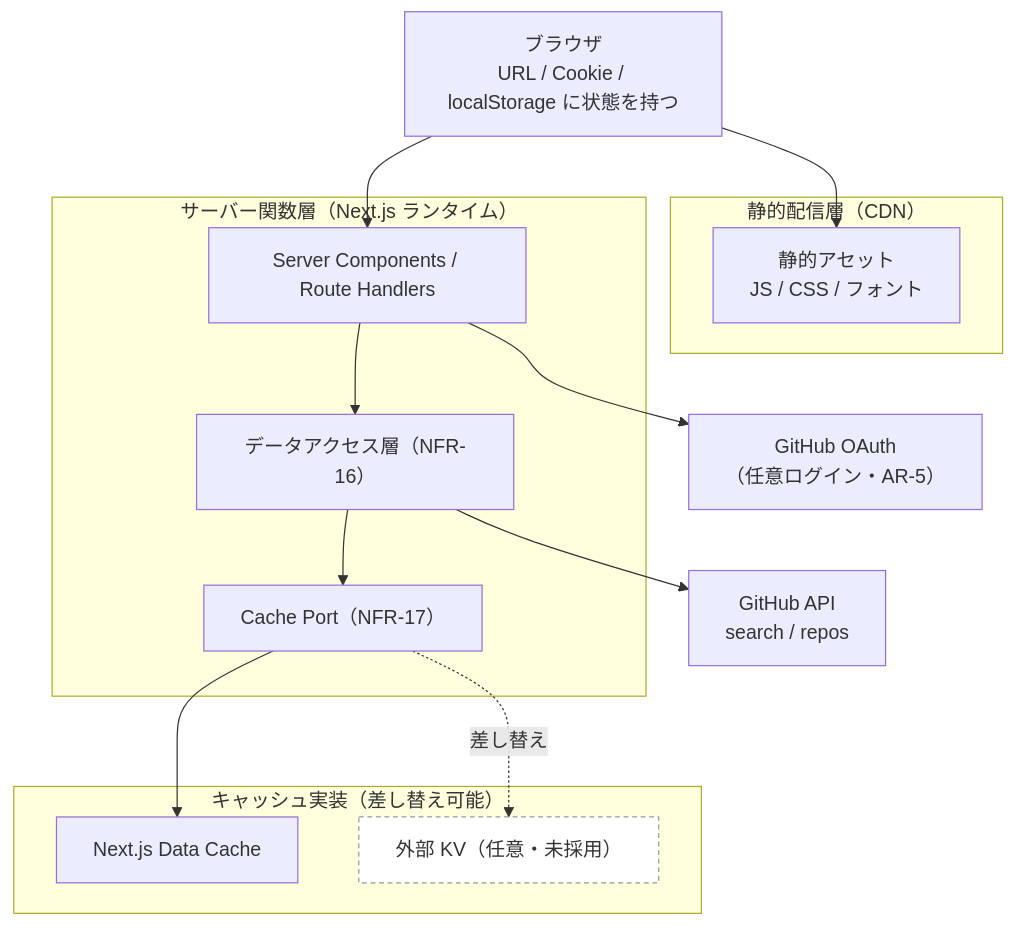
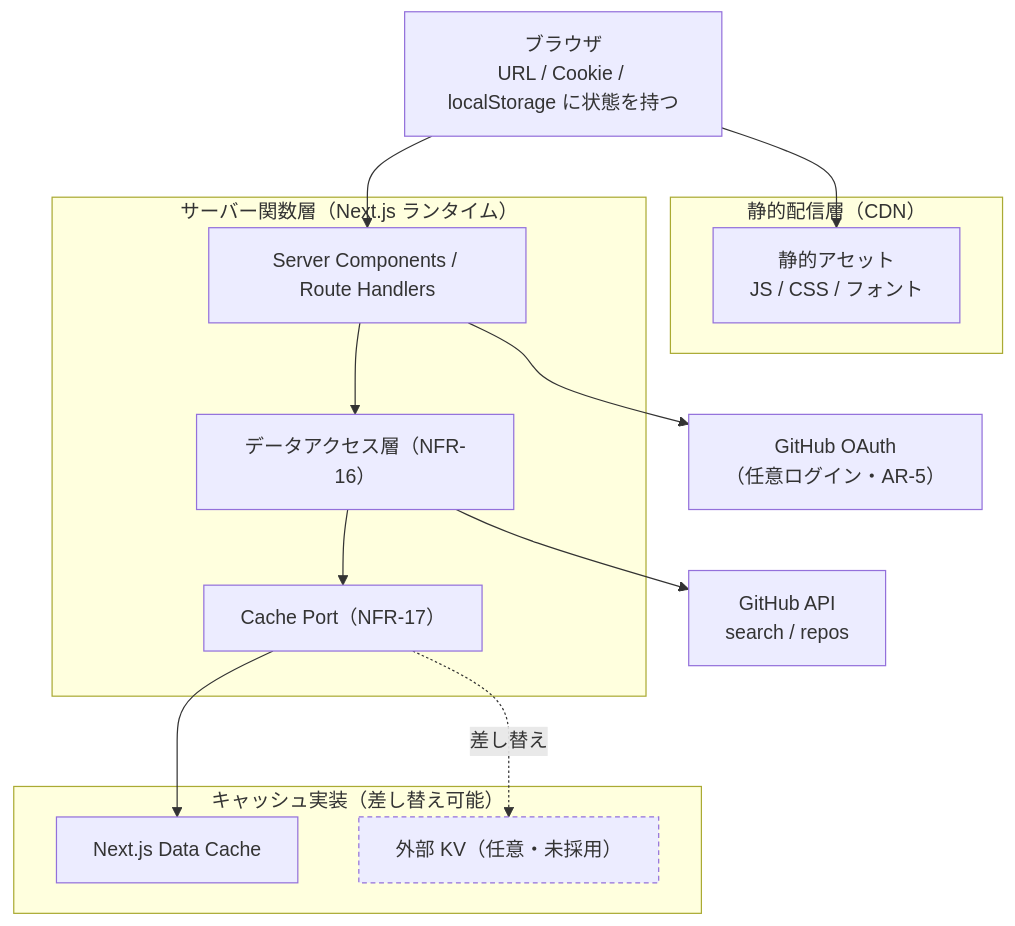
The diagram in docs/03_design/infrastructure/infrastructure-design.md (kai-kou/gem-hunter), drawn with Mermaid before and after one commit.

Commit message:
docs: mermaid 図の未採用ノードにハードコードした背景色を外す
fill:#fff がダークテーマで白抜きになるため、破線ストロークのみで表現する。

````diff
--- a/docs/03_design/infrastructure/infrastructure-design.md
+++ b/docs/03_design/infrastructure/infrastructure-design.md
@@ -73,34 +73,34 @@
 ```mermaid
 flowchart TB
     B["ブラウザ<br/>URL / Cookie / localStorage に状態を持つ"]
 
     subgraph EDGE["静的配信層（CDN）"]
         S["静的アセット<br/>JS / CSS / フォント"]
     end
 
     subgraph FN["サーバー関数層（Next.js ランタイム）"]
         R["Server Components / Route Handlers"]
         P["Cache Port（NFR-17）"]
         A["データアクセス層（NFR-16）"]
     end
 
     subgraph CACHE["キャッシュ実装（差し替え可能）"]
         L2["Next.js Data Cache"]
         L3["外部 KV（任意・未採用）"]
     end
 
     G["GitHub API<br/>search / repos"]
     O["GitHub OAuth<br/>（任意ログイン・AR-5）"]
 
     B --> S
     B --> R
     R --> A
     A --> P
     P --> L2
     P -.差し替え.-> L3
     A --> G
     R --> O
 
-    classDef none fill:#fff,stroke:#999,stroke-dasharray: 4 3
-    class L3 none
+    classDef optional stroke-dasharray: 4 3
+    class L3 optional
 ```
````
